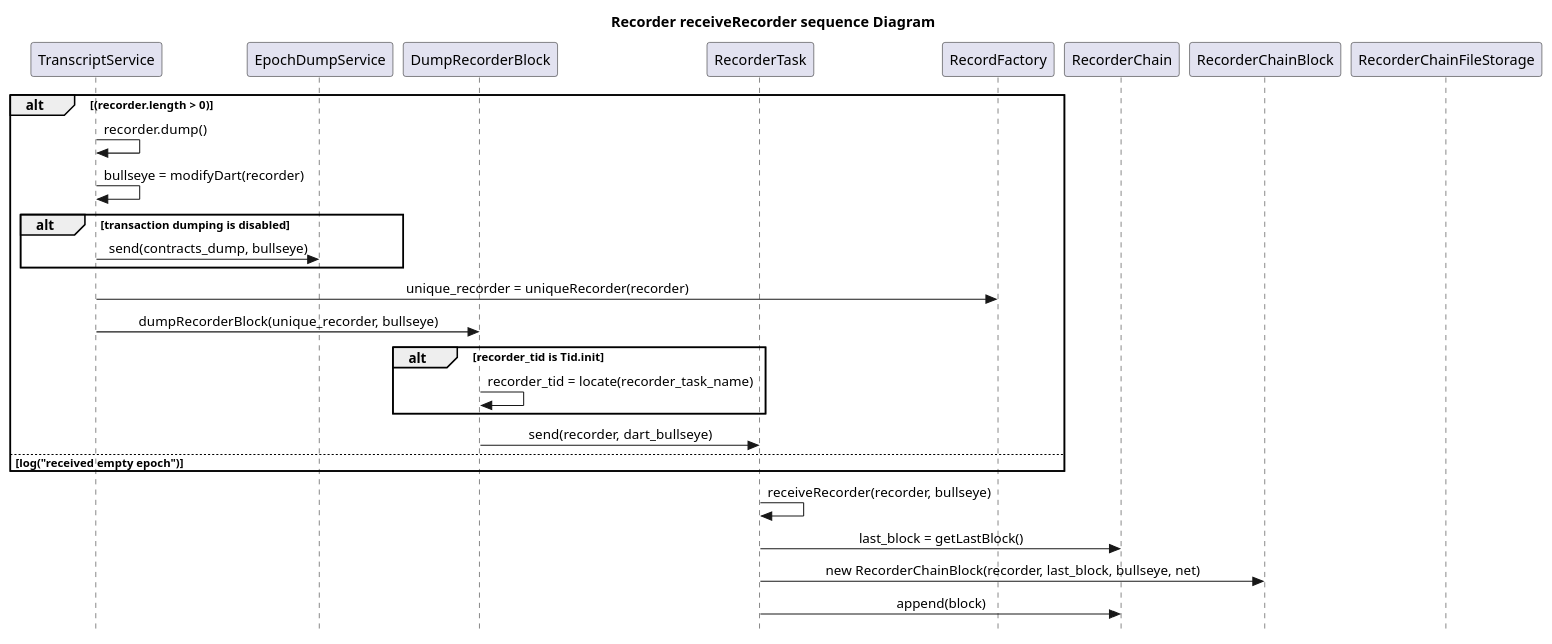
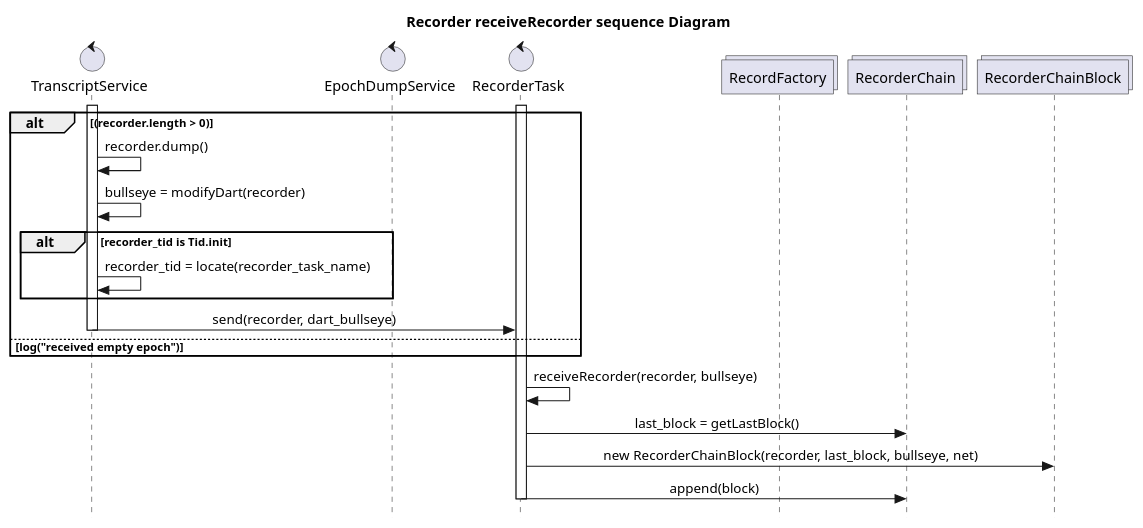
Before and after one commit to tagion/tagion: the diagram in src/lib-services/uml/Recorder/ReceiveRecorder.wsd, drawn with PlantUML.

Commit message:
update receiverecorder

```diff
--- a/src/lib-services/uml/Recorder/ReceiveRecorder.wsd
+++ b/src/lib-services/uml/Recorder/ReceiveRecorder.wsd
@@ -1,41 +1,43 @@
 @startuml
 
 skinparam Style strictuml
 skinparam SequenceMessageAlign center
 hide empty description
 title Recorder receiveRecorder sequence Diagram
 
-participant TranscriptService as task
-participant EpochDumpService as epochdump
-participant DumpRecorderBlock as dump
-participant RecorderTask as recordertask
-participant RecordFactory as factory
-participant RecorderChain as chain
-participant RecorderChainBlock as block
-participant RecorderChainFileStorage as storage
-
+control TranscriptService as task
+control EpochDumpService as epochdump
+control RecorderTask as recordertask
+collections RecordFactory as factory
+collections RecorderChain as chain
+collections RecorderChainBlock as block
 
 alt (recorder.length > 0)
+    activate task
     task -> task : recorder.dump()
     task -> task : bullseye = modifyDart(recorder)
-    alt transaction dumping is disabled
-        task->epochdump : send(contracts_dump, bullseye)
+
+    ' alt transaction dumping is disabled
+    '     task->epochdump : send(contracts_dump, bullseye)
+    ' end
+    ' task -> factory : unique_recorder = uniqueRecorder(recorder)
+    ' task -> task : dumpRecorderBlock(unique_recorder, bullseye)
+
+    alt recorder_tid is Tid.init
+        task -> task : recorder_tid = locate(recorder_task_name)
     end
-    task -> factory : unique_recorder = uniqueRecorder(recorder)
-    task -> dump : dumpRecorderBlock(unique_recorder, bullseye)
-    alt recorder_tid is Tid.init
-        dump -> dump : recorder_tid = locate(recorder_task_name)
-    end
-    dump -> recordertask : send(recorder, dart_bullseye)
+    task -> recordertask : send(recorder, dart_bullseye)
+    deactivate task
+
 else log("received empty epoch") 
-    
-    
     
 end
 
+activate recordertask
 recordertask -> recordertask : receiveRecorder(recorder, bullseye)
 recordertask -> chain : last_block = getLastBlock()
 recordertask -> block : new RecorderChainBlock(recorder, last_block, bullseye, net)
 recordertask -> chain : append(block)
+deactivate recordertask
 
 @enduml
```
